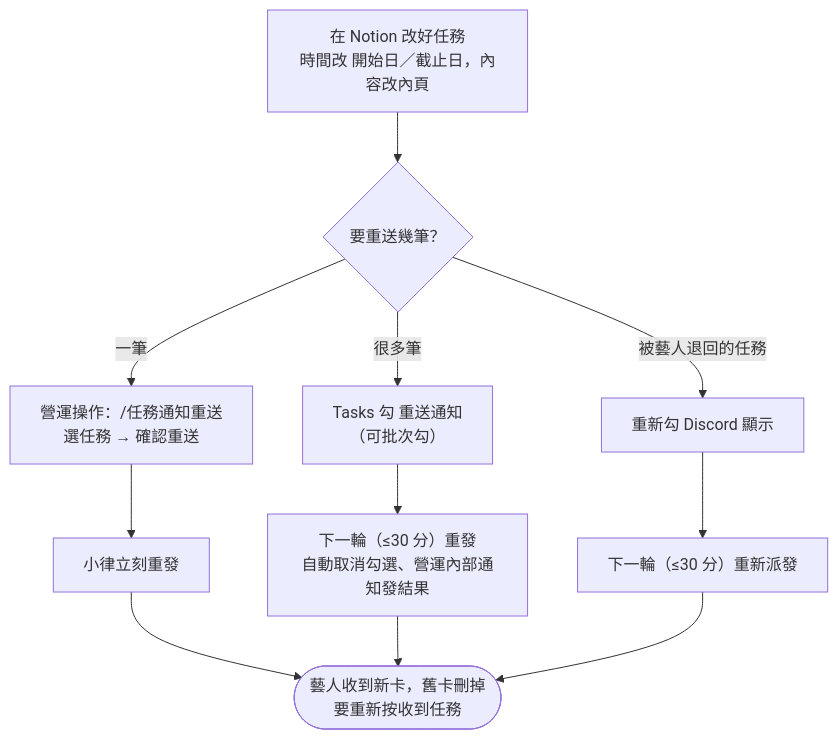
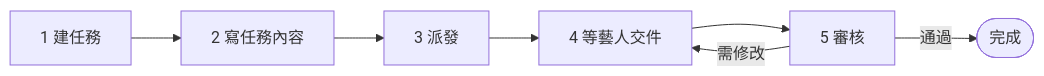
The fifth of 8 diagrams in docs/sop/ADMIN_SOP.md (johnnysun0621/kari-kari-ai-ops), drawn with Mermaid before and after one commit. The commit also changed other lines of this file and 85 other files, not shown here.

````diff
--- a/docs/sop/ADMIN_SOP.md
+++ b/docs/sop/ADMIN_SOP.md
@@ -813,13 +499,6 @@
 ```mermaid
-flowchart TD
-  A["在 Notion 改好任務<br/>時間改 開始日／截止日，內容改內頁"] --> B{"要重送幾筆？"}
-  B -- "一筆" --> C["營運操作：/任務通知重送<br/>選任務 → 確認重送"]
-  B -- "很多筆" --> D["Tasks 勾 重送通知<br/>（可批次勾）"]
-  B -- "被藝人退回的任務" --> E["重新勾 Discord 顯示"]
-  C --> F["小律立刻重發"]
-  D --> G["下一輪（≤30 分）重發<br/>自動取消勾選、營運內部通知發結果"]
-  E --> H["下一輪（≤30 分）重新派發"]
-  F --> Z(["藝人收到新卡，舊卡刪掉<br/>要重新按收到任務"])
-  G --> Z
-  H --> Z
+flowchart LR
+  A["1 建任務"] --> B["2 寫任務內容"] --> C["3 派發"] --> D["4 等藝人交件"] --> E["5 審核"]
+  E -- "需修改" --> D
+  E -- "通過" --> F(["完成"])
 ```
````
